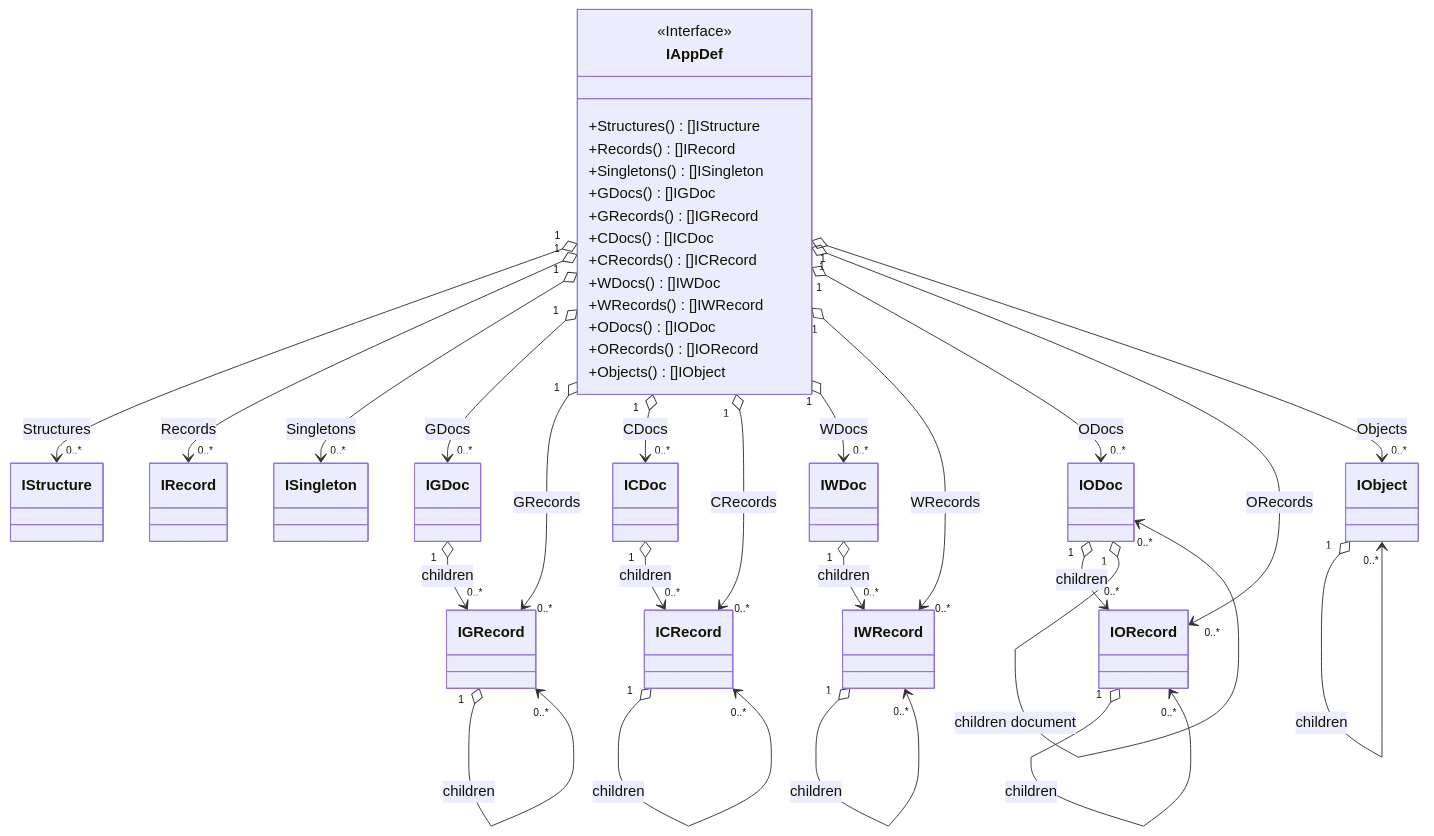
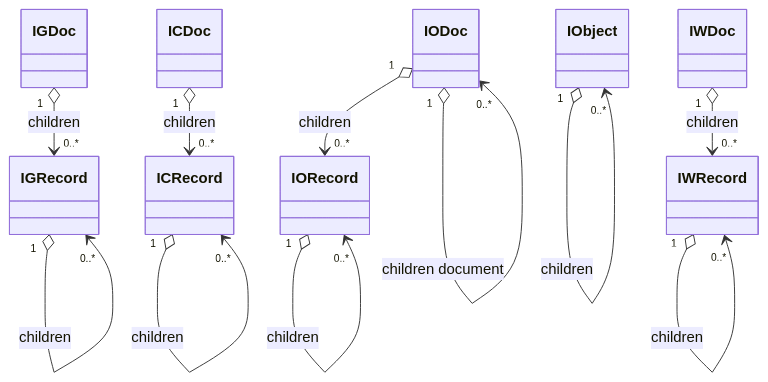
One commit to voedger/voedger changed the fifth of 9 diagrams in pkg/appdef/README.md. Above: the diagram before and after it, drawn with Mermaid. The commit also changed other lines of this file, not shown here.

````diff
--- a/pkg/appdef/README.md
+++ b/pkg/appdef/README.md
@@ -388,47 +429,19 @@
 ```mermaid
 classDiagram
   direction TB
-
-  class IAppDef {
-    <<Interface>>
-    +Structures() []IStructure
-    +Records() []IRecord
-    +Singletons() []ISingleton
-    +GDocs()[]IGDoc
-    +GRecords()[]IGRecord
-    +CDocs()[]ICDoc
-    +CRecords()[]ICRecord
-    +WDocs()[]IWDoc
-    +WRecords()[]IWRecord
-    +ODocs()[]IODoc
-    +ORecords()[]IORecord
-    +Objects()[]IObject
-  }
-  IAppDef "1" o--> "0..*" IStructure : Structures
-  IAppDef "1" o--> "0..*" IRecord : Records
-  IAppDef "1" o--> "0..*" ISingleton : Singletons
-  IAppDef "1" o--> "0..*" IGDoc : GDocs
-  IAppDef "1" o--> "0..*" IGRecord : GRecords
-  IAppDef "1" o--> "0..*" ICDoc : CDocs
-  IAppDef "1" o--> "0..*" ICRecord : CRecords
-  IAppDef "1" o--> "0..*" IWDoc : WDocs
-  IAppDef "1" o--> "0..*" IWRecord : WRecords
-  IAppDef "1" o--> "0..*" IODoc : ODocs
-  IAppDef "1" o--> "0..*" IORecord : ORecords
-  IAppDef "1" o--> "0..*" IObject : Objects
 
   IGDoc "1" o--> "0..*" IGRecord : children
   IGRecord "1" o--> "0..*" IGRecord : children
 
   ICDoc "1" o--> "0..*" ICRecord : children
   ICRecord "1" o--> "0..*" ICRecord : children
 
   IWDoc "1" o--> "0..*" IWRecord : children
   IWRecord "1" o--> "0..*" IWRecord : children
 
   IODoc "1" o--> "0..*" IORecord : children
   IODoc "1" o--> "0..*" IODoc : children document
   IORecord "1" o--> "0..*" IORecord : children
 
   IObject "1" o--> "0..*" IObject : children
 ```
````
